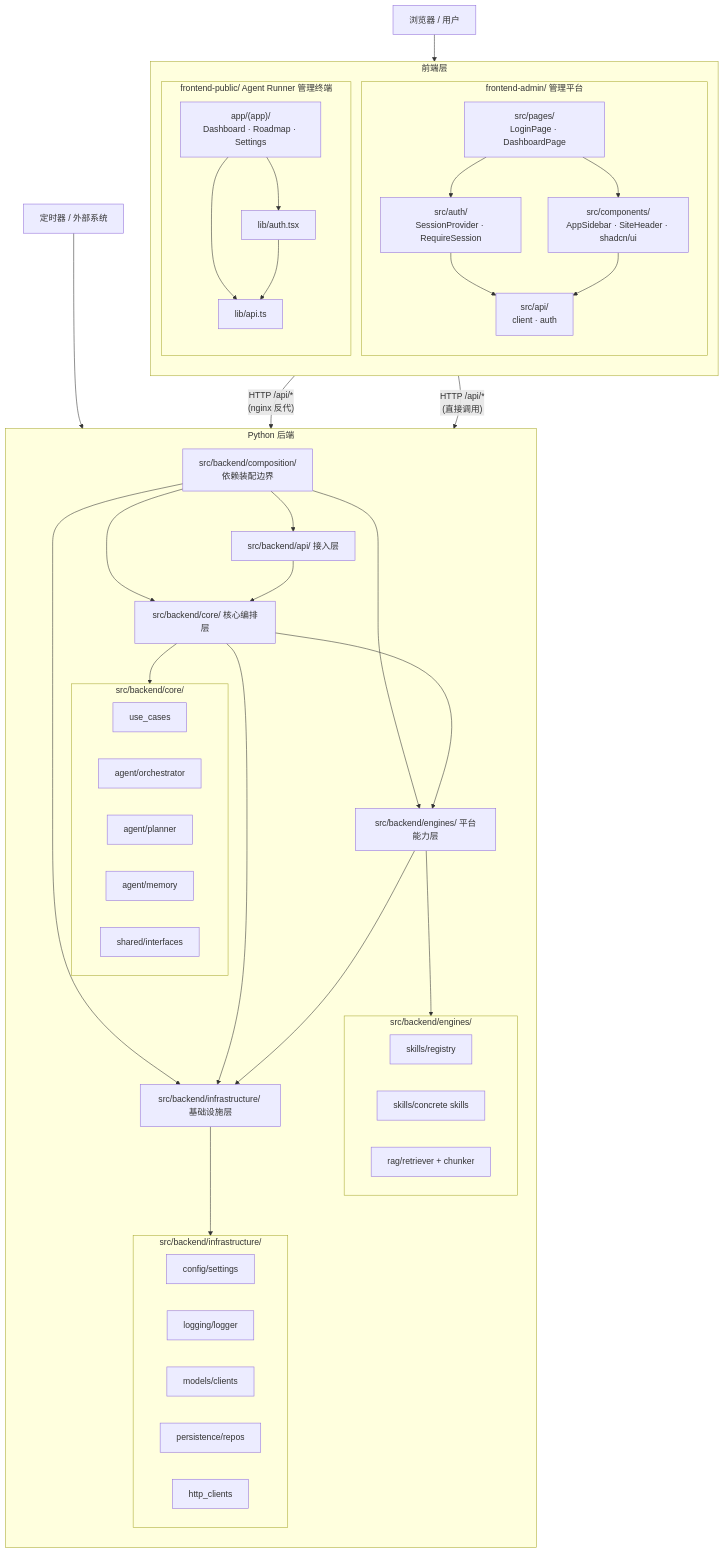
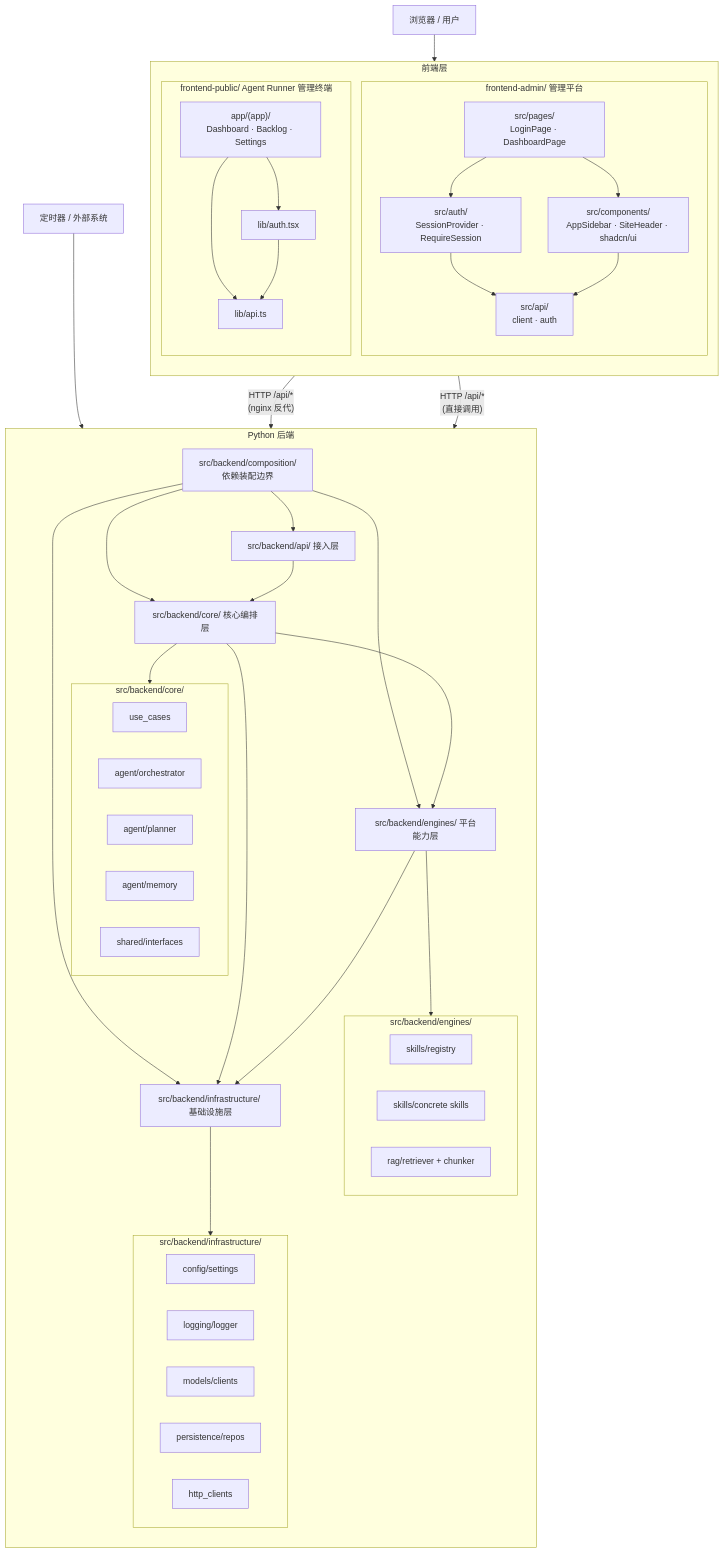
One commit to ZataZhang/keda changed the diagram in docs/architecture/system-design.md. Above: the diagram before and after it, drawn with Mermaid. The commit also changed other lines of this file and 129 other files, not shown here.

Commit message:
refactor(backlog): rename roadmap feature to backlog with v7 migration (Closes #196). Evidence rv-3-backlog-page.png: real console /app/backlog renders the workbench titled Backlog, no Roadmap.

````diff
--- a/docs/architecture/system-design.md
+++ b/docs/architecture/system-design.md
@@ -55,76 +55,76 @@
 ```mermaid
 flowchart TD
     Browser["浏览器 / 用户"] --> FE
 
     subgraph FE["前端层"]
         direction TB
         subgraph FE_ADMIN["frontend-admin/ 管理平台"]
             FE_ADMIN_PAGES["src/pages/\nLoginPage · DashboardPage"]
             FE_ADMIN_LAYOUT["src/components/\nAppSidebar · SiteHeader · shadcn/ui"]
             FE_ADMIN_AUTH["src/auth/\nSessionProvider · RequireSession"]
             FE_ADMIN_API["src/api/\nclient · auth"]
             FE_ADMIN_PAGES --> FE_ADMIN_LAYOUT
             FE_ADMIN_PAGES --> FE_ADMIN_AUTH
             FE_ADMIN_AUTH --> FE_ADMIN_API
             FE_ADMIN_LAYOUT --> FE_ADMIN_API
         end
 
         subgraph FE_PUBLIC["frontend-public/ Agent Runner 管理终端"]
-            FE_PUBLIC_APP["app/(app)/\nDashboard · Roadmap · Settings"]
+            FE_PUBLIC_APP["app/(app)/\nDashboard · Backlog · Settings"]
             FE_PUBLIC_AUTH["lib/auth.tsx"]
             FE_PUBLIC_API["lib/api.ts"]
             FE_PUBLIC_APP --> FE_PUBLIC_AUTH
             FE_PUBLIC_APP --> FE_PUBLIC_API
             FE_PUBLIC_AUTH --> FE_PUBLIC_API
         end
     end
 
     FE_ADMIN_API -->|"HTTP /api/*\n(nginx 反代)"| Apps
     FE_PUBLIC_API -->|"HTTP /api/*\n(直接调用)"| Apps
 
     subgraph Backend["Python 后端"]
         direction TB
         Composition["src/backend/composition/\n依赖装配边界"]
         Apps["src/backend/api/ 接入层"]
         Core["src/backend/core/ 核心编排层"]
         Platform["src/backend/engines/ 平台能力层"]
         Infra["src/backend/infrastructure/ 基础设施层"]
 
         Composition --> Apps
         Composition --> Core
         Composition --> Platform
         Composition --> Infra
         Apps --> Core
         Core --> Platform
         Core --> Infra
         Platform --> Infra
 
         subgraph CoreDetails["src/backend/core/"]
             UC["use_cases"]
             ORCH["agent/orchestrator"]
             PLAN["agent/planner"]
             MEM["agent/memory"]
             IFACE["shared/interfaces"]
         end
 
         subgraph PlatformDetails["src/backend/engines/"]
             REG["skills/registry"]
             SKILL["skills/concrete skills"]
             RAG["rag/retriever + chunker"]
         end
 
         subgraph InfraDetails["src/backend/infrastructure/"]
             CFG["config/settings"]
             LOG["logging/logger"]
             LLM["models/clients"]
             DB["persistence/repos"]
             HTTP["http_clients"]
         end
 
         Core --> CoreDetails
         Platform --> PlatformDetails
         Infra --> InfraDetails
     end
 
     Timer["定时器 / 外部系统"] --> Apps
 ```
````
